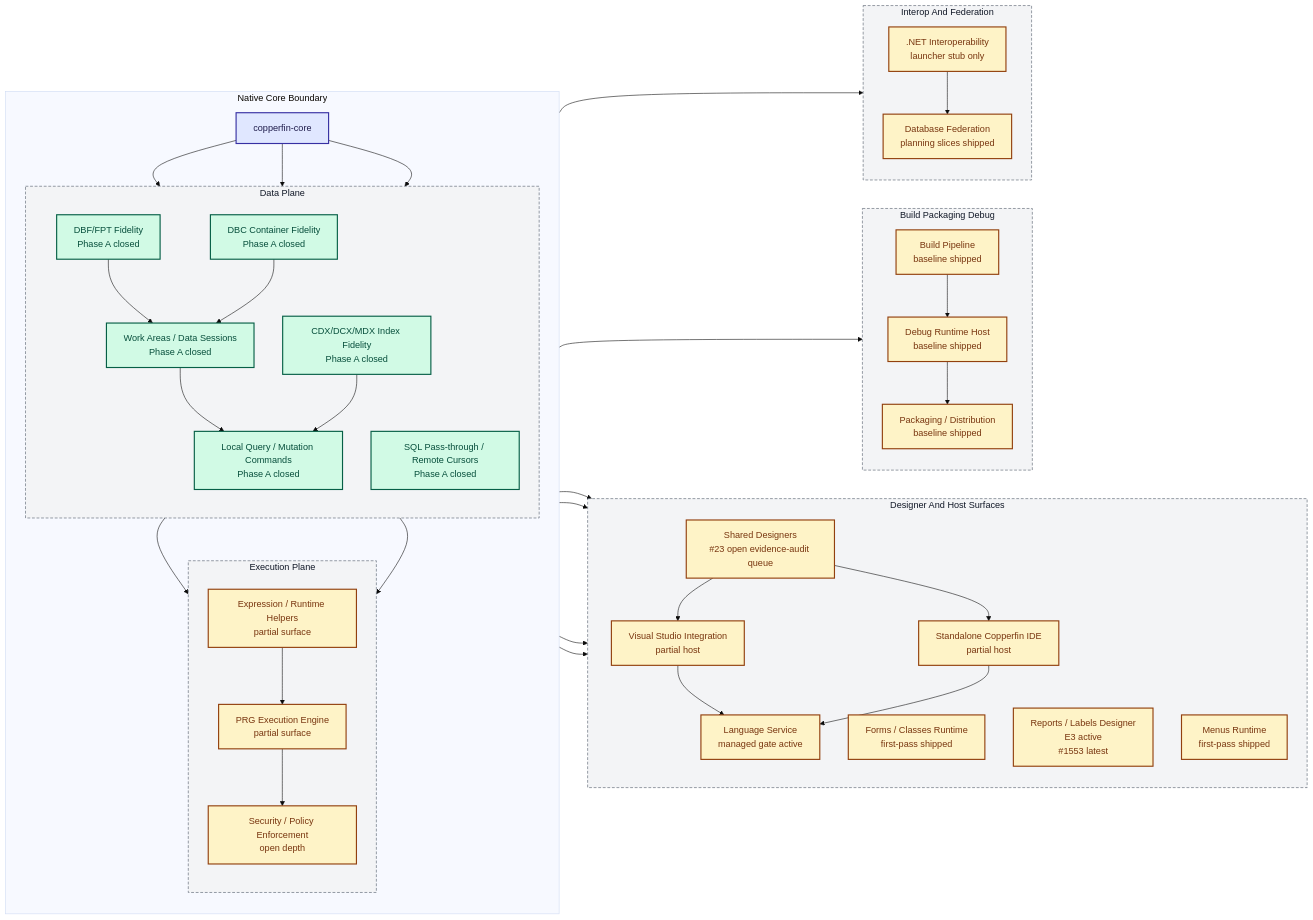
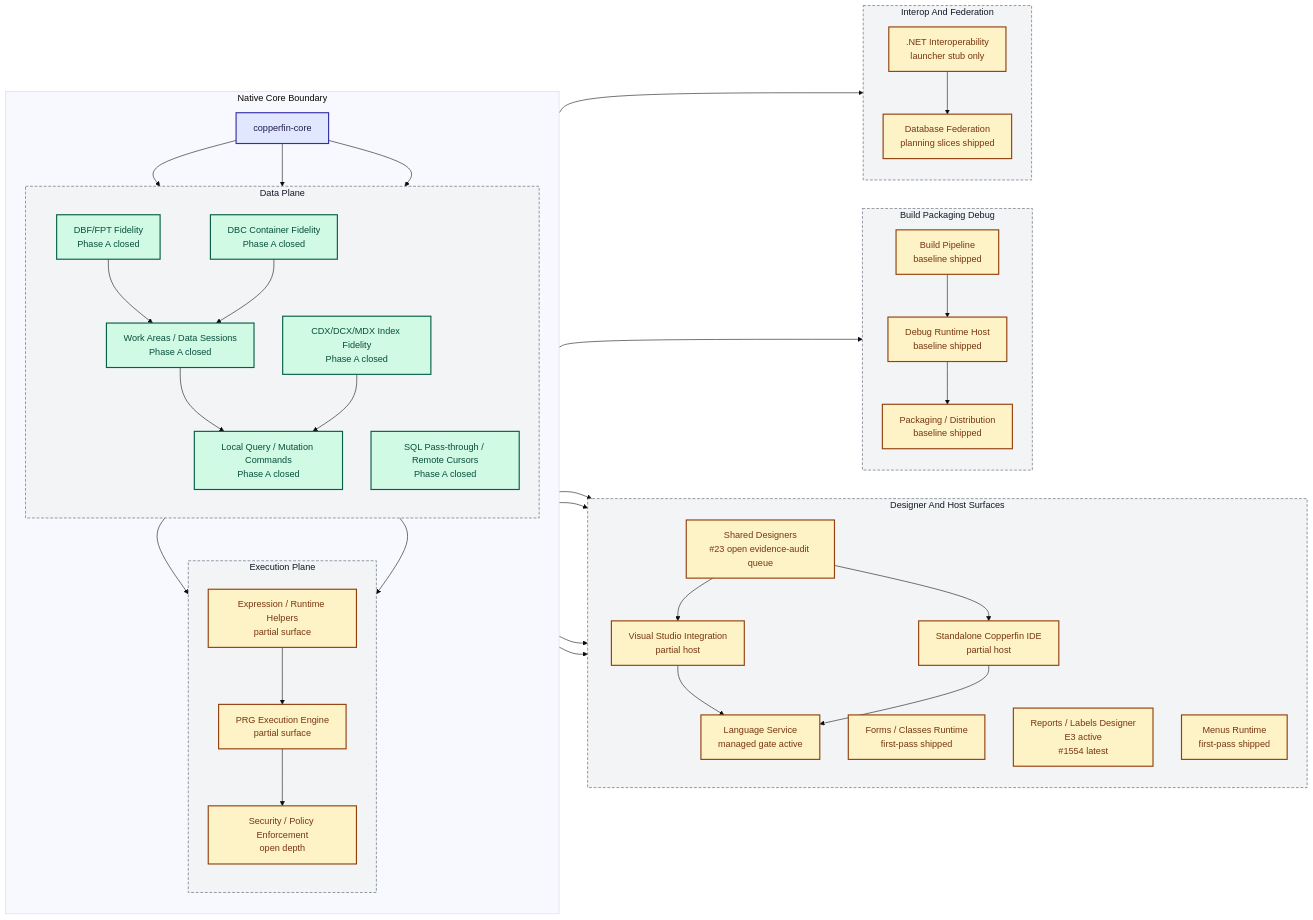
The diagram in docs/02-architecture.md (rhamenator/Project-Copperfin), drawn with Mermaid (base theme) before and after one commit. The commit also changed 6 other files, not shown here.

```diff
--- a/docs/02-architecture.md
+++ b/docs/02-architecture.md
@@ -36,7 +36,7 @@
         direction TB
         DES["Shared Designers<br/>#23 open evidence-audit queue"]
         FORMS["Forms / Classes Runtime<br/>first-pass shipped"]
-        RPT["Reports / Labels Designer<br/>E3 active<br/>#1553 latest"]
+        RPT["Reports / Labels Designer<br/>E3 active<br/>#1554 latest"]
         MENU["Menus Runtime<br/>first-pass shipped"]
         VS["Visual Studio Integration<br/>partial host"]
         IDE["Standalone Copperfin IDE<br/>partial host"]
```
